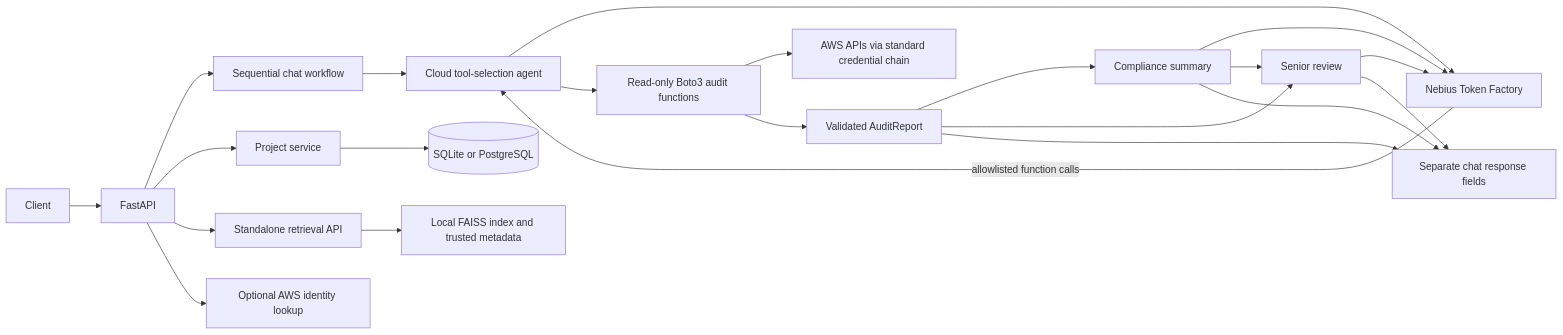
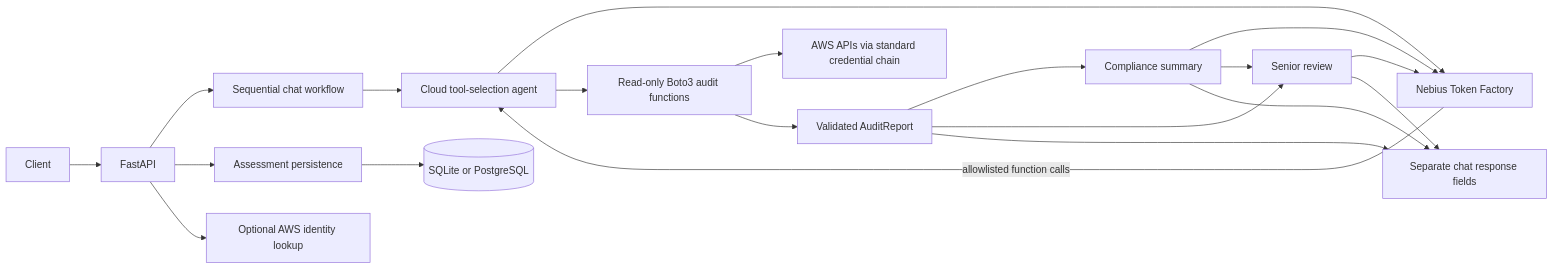
The diagram in docs/architecture.md (anubhavbuildz/indra-ai), drawn with Mermaid before and after one commit. The commit also changed other lines of this file and 47 other files, not shown here.

````diff
--- a/docs/architecture.md
+++ b/docs/architecture.md
@@ -3,24 +3,22 @@
 ```mermaid
 flowchart LR
     Client --> FastAPI
     FastAPI --> Chat[Sequential chat workflow]
     Chat --> Cloud[Cloud tool-selection agent]
     Cloud --> Nebius[Nebius Token Factory]
     Nebius -->|allowlisted function calls| Cloud
     Cloud --> Auditor[Read-only Boto3 audit functions]
     Auditor --> AWS[AWS APIs via standard credential chain]
     Auditor --> Report[Validated AuditReport]
     Report --> Compliance[Compliance summary]
     Compliance --> Nebius
     Report --> Senior[Senior review]
     Compliance --> Senior
     Senior --> Nebius
     Report --> ChatResponse[Separate chat response fields]
     Compliance --> ChatResponse
     Senior --> ChatResponse
-    FastAPI --> Projects[Project service]
-    Projects --> DB[(SQLite or PostgreSQL)]
-    FastAPI --> RAG[Standalone retrieval API]
-    RAG --> FAISS[Local FAISS index and trusted metadata]
+    FastAPI --> Assessments[Assessment persistence]
+    Assessments --> DB[(SQLite or PostgreSQL)]
     FastAPI --> STS[Optional AWS identity lookup]
 ```
````
